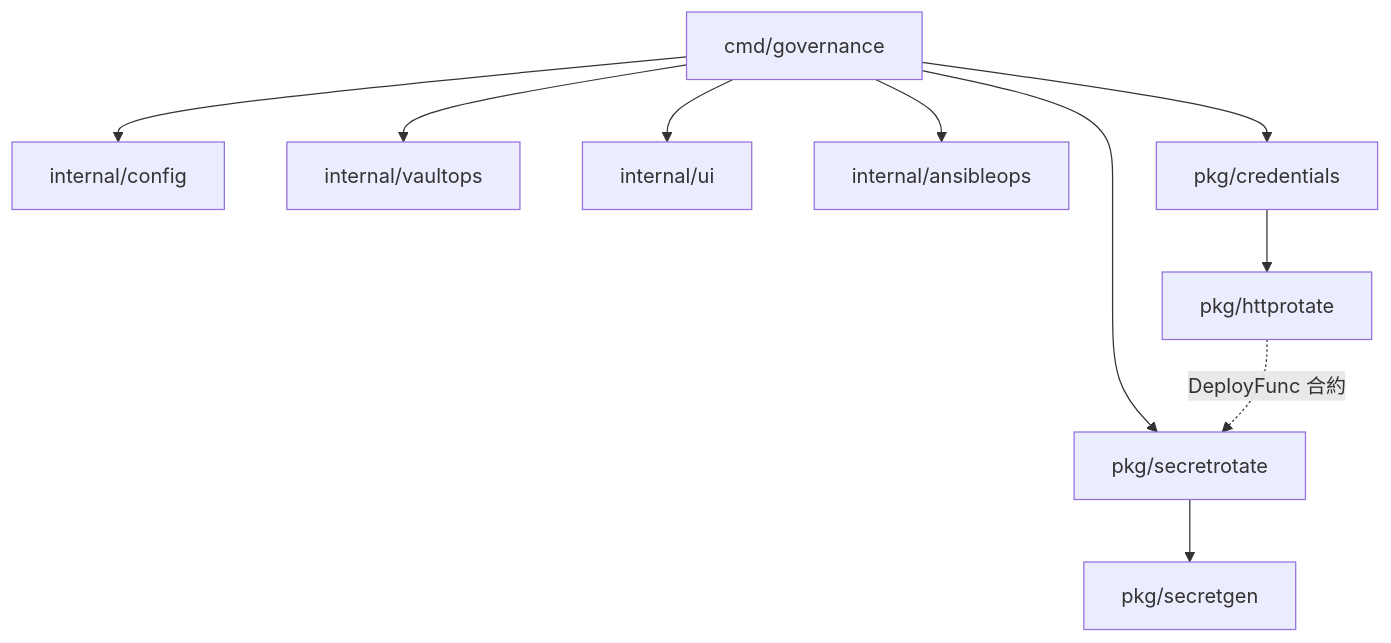
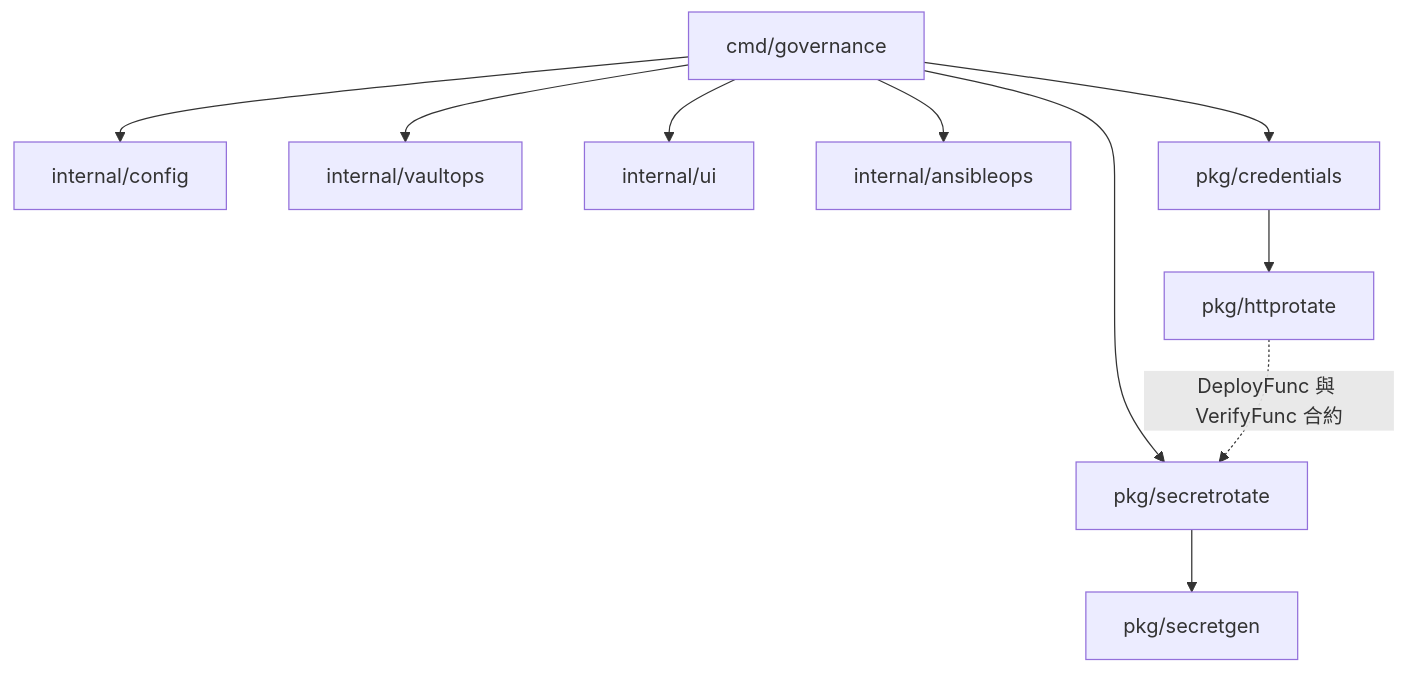
The first of 3 diagrams in tools/governance/README.md (csning1998/parent-group-governance), drawn with Mermaid before and after one commit. The commit also changed other lines of this file and 54 other files, not shown here.

````diff
--- a/tools/governance/README.md
+++ b/tools/governance/README.md
@@ -62,13 +63,13 @@
 ```mermaid
 flowchart TD
     CLI["cmd/governance"] --> ConfigPkg["internal/config"]
     CLI --> VaultOpsPkg["internal/vaultops"]
     CLI --> UIPkg["internal/ui"]
     CLI --> AnsiblePkg["internal/ansibleops"]
     CLI --> CredPkg["pkg/credentials"]
     CLI --> RotatePkg["pkg/secretrotate"]
 
     CredPkg --> HTTPPkg["pkg/httprotate"]
     RotatePkg --> GenPkg["pkg/secretgen"]
-    HTTPPkg -.->|"DeployFunc 合約"| RotatePkg
+    HTTPPkg -.->|"DeployFunc 與 VerifyFunc 合約"| RotatePkg
 ```
````
